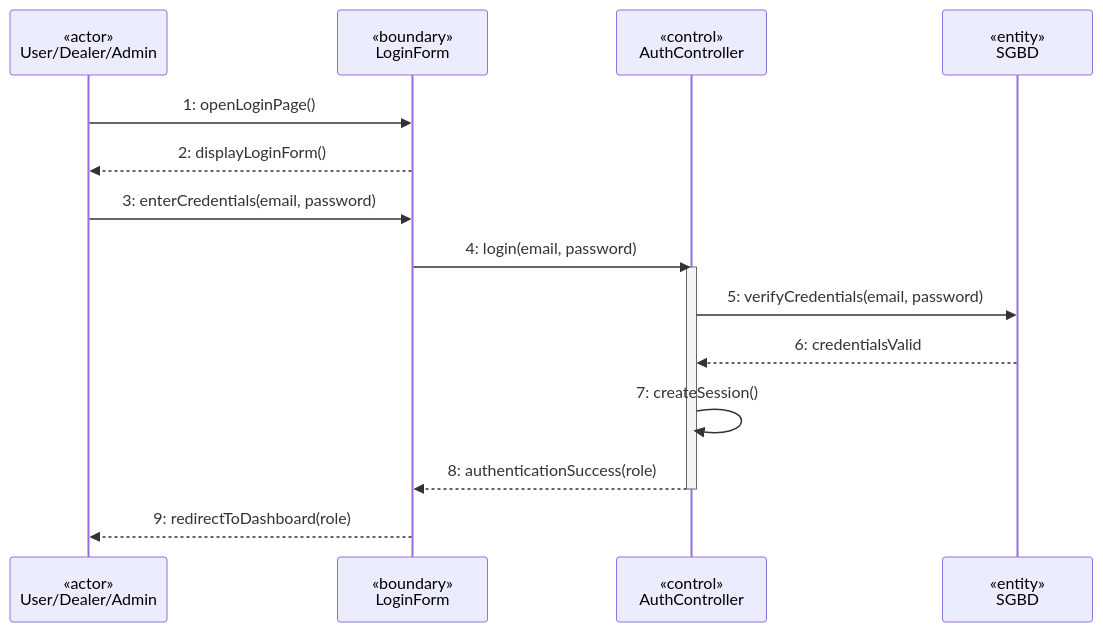
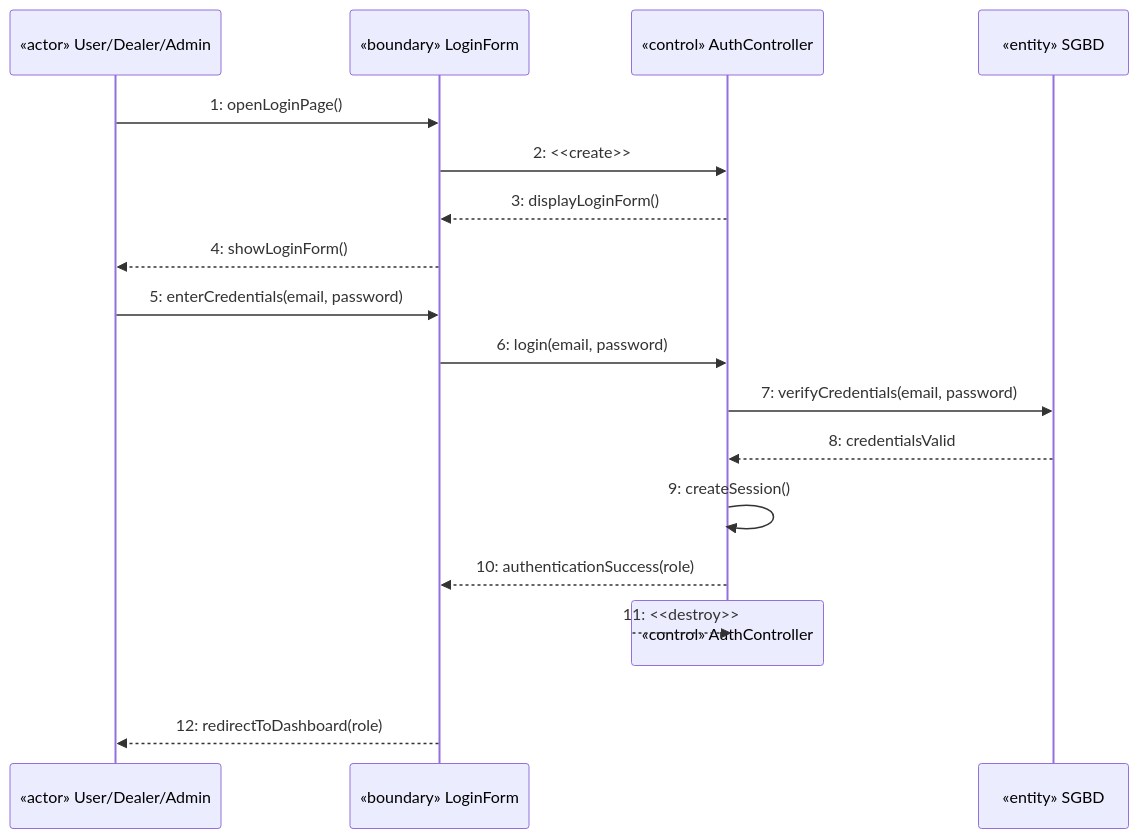
The second of 6 diagrams in Facultate/Anul 2/Sem 2/ISS/Iteratia 1/Diagrame.md (Manu-Ioan-Daniel/UBB), drawn with Mermaid before and after one commit. The commit also changed other lines of this file and 20 other files, not shown here.

````diff
--- a/Facultate/Anul 2/Sem 2/ISS/Iteratia 1/Diagrame.md
+++ b/Facultate/Anul 2/Sem 2/ISS/Iteratia 1/Diagrame.md
@@ -27,19 +32,21 @@
 ```mermaid
 sequenceDiagram
-    participant A as «actor»<br/>User/Dealer/Admin
-    participant B as «boundary»<br/>LoginForm
-    participant C as «control»<br/>AuthController
-    participant S as «entity»<br/>SGBD
+    participant A as «actor» User/Dealer/Admin
+    participant B as «boundary» LoginForm
+    participant C as «control» AuthController
+    participant S as «entity» SGBD
 
     A->>B: 1: openLoginPage()
-    B-->>A: 2: displayLoginForm()
-    A->>B: 3: enterCredentials(email, password)
-    B->>C: 4: login(email, password)
-    activate C
-    C->>S: 5: verifyCredentials(email, password)
-    S-->>C: 6: credentialsValid
-    C->>C: 7: createSession()
-    C-->>B: 8: authenticationSuccess(role)
-    deactivate C
-    B-->>A: 9: redirectToDashboard(role)
+    B->>C: 2: <<create>>
+    C-->>B: 3: displayLoginForm()
+    B-->>A: 4: showLoginForm()
+    A->>B: 5: enterCredentials(email, password)
+    B->>C: 6: login(email, password)
+    C->>S: 7: verifyCredentials(email, password)
+    S-->>C: 8: credentialsValid
+    C->>C: 9: createSession()
+    C-->>B: 10: authenticationSuccess(role)
+    destroy C
+    C-->>C: 11: <<destroy>>
+    B-->>A: 12: redirectToDashboard(role)
 ```
````
